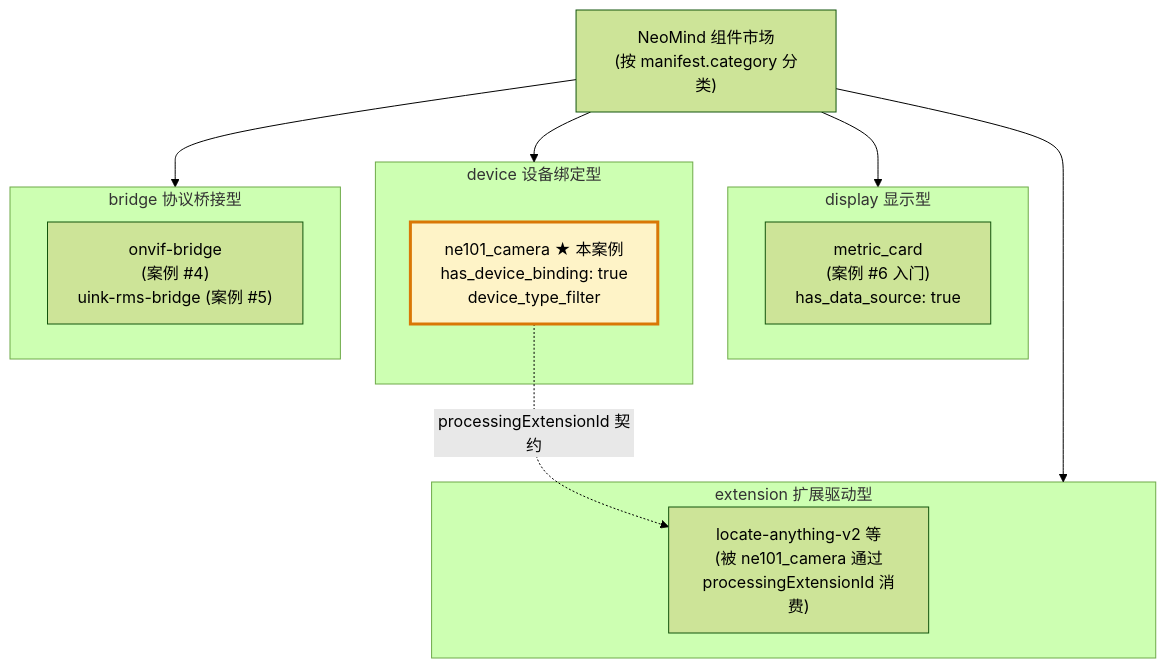
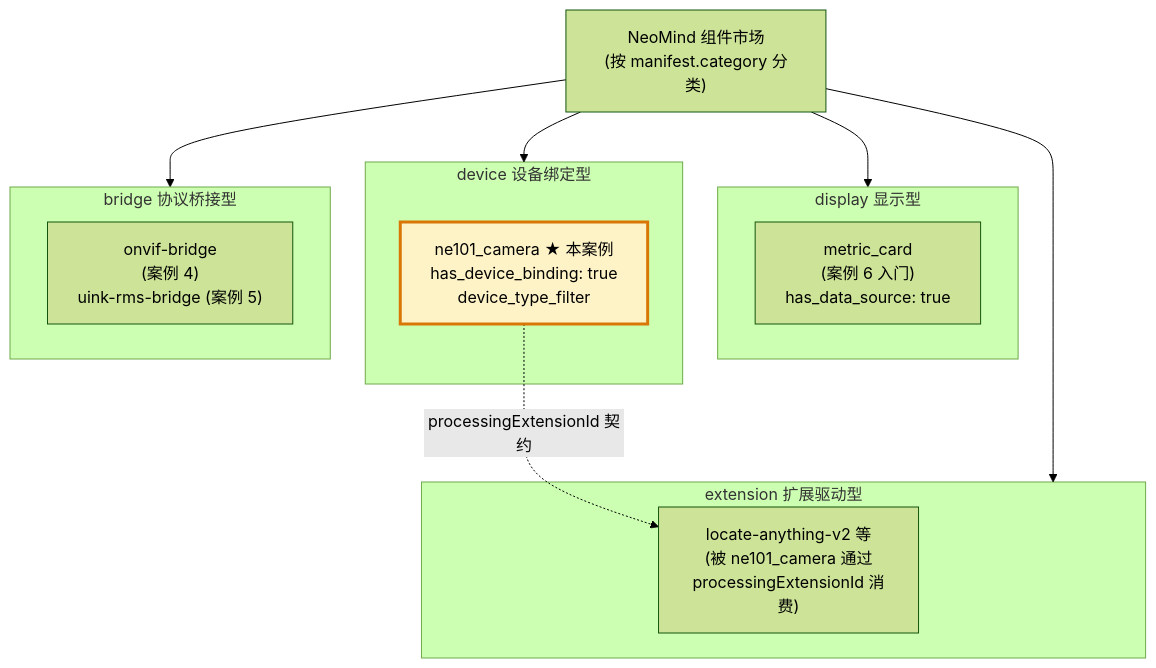
One commit to luommy/wiki-documents changed the first of 2 diagrams in docs/0-neomind/developer-guide/case-studies/7-ne101-camera-component/1-background.md. Above: the diagram before and after it, drawn with Mermaid (forest theme). The commit also changed other lines of this file and 21 other files, not shown here.

````diff
--- a/docs/0-neomind/developer-guide/case-studies/7-ne101-camera-component/1-background.md
+++ b/docs/0-neomind/developer-guide/case-studies/7-ne101-camera-component/1-background.md
@@ -78,30 +78,30 @@
 ```mermaid
 graph TB
     MARKET["NeoMind 组件市场<br/>(按 manifest.category 分类)"]
 
     subgraph display["display 显示型"]
-        MC["metric_card<br/>(案例 #6 入门)<br/>has_data_source: true"]
+        MC["metric_card<br/>(案例 6 入门)<br/>has_data_source: true"]
     end
 
     subgraph device["device 设备绑定型"]
         NE101["ne101_camera ★ 本案例<br/>has_device_binding: true<br/>device_type_filter"]
     end
 
     subgraph extension["extension 扩展驱动型"]
         EXT["locate-anything-v2 等<br/>(被 ne101_camera 通过<br/>processingExtensionId 消费)"]
     end
 
     subgraph bridge["bridge 协议桥接型"]
-        ONVIF["onvif-bridge<br/>(案例 #4)<br/>uink-rms-bridge (案例 #5)"]
+        ONVIF["onvif-bridge<br/>(案例 4)<br/>uink-rms-bridge (案例 5)"]
     end
 
     MARKET --> display
     MARKET --> device
     MARKET --> extension
     MARKET --> bridge
 
     NE101 -.->|"processingExtensionId 契约"| EXT
 
     classDef flagship fill:#fef3c7,stroke:#d97706,stroke-width:3px
     class NE101 flagship
 ```
````
